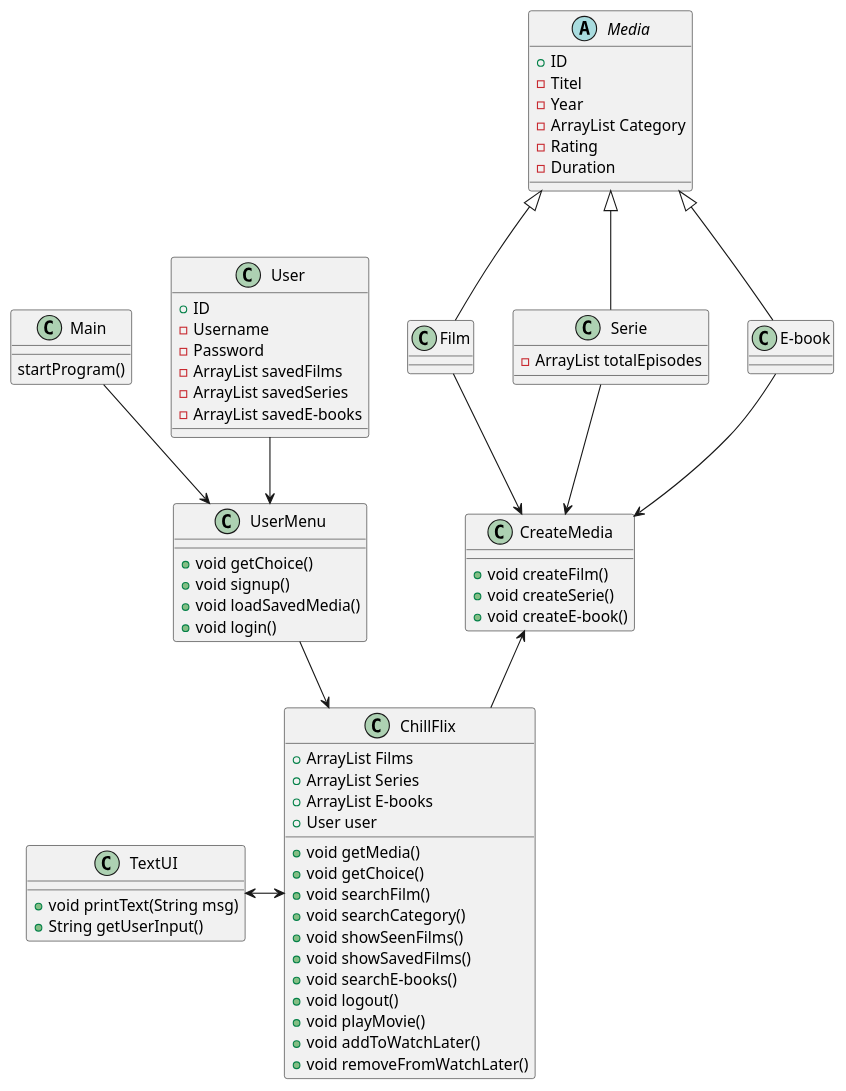
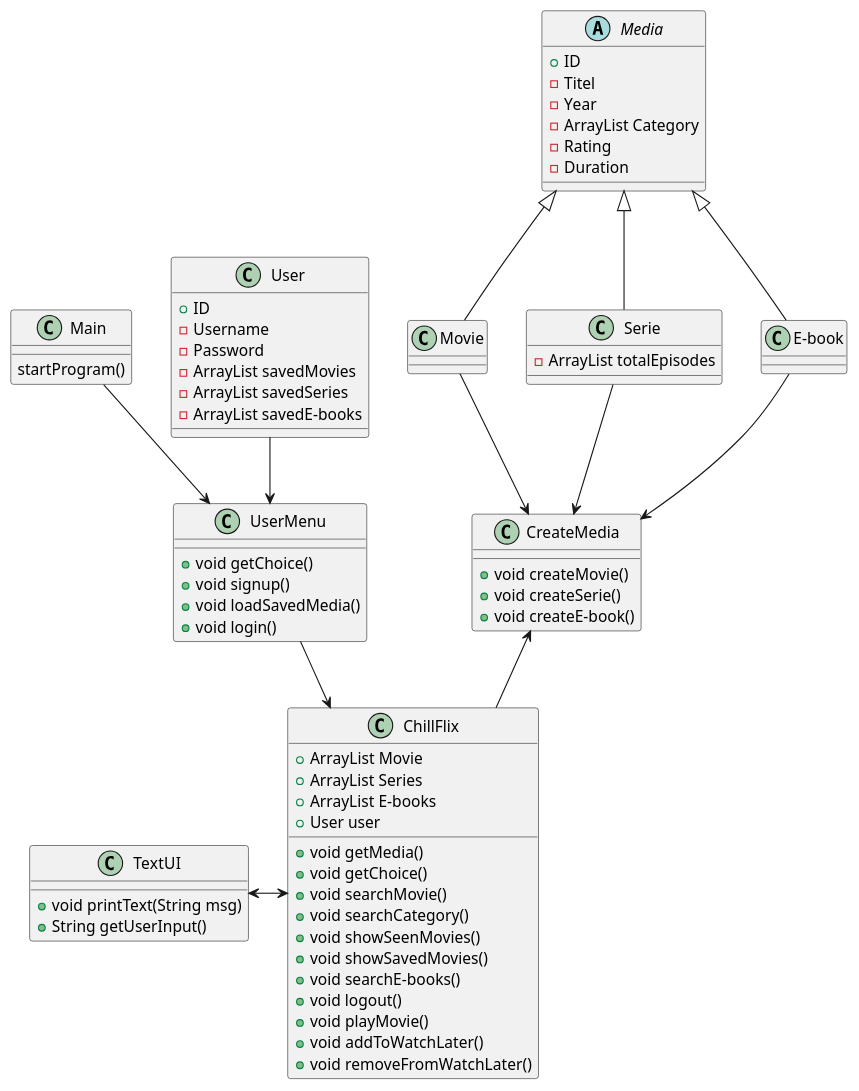
The diagram in doc/Klassediagram.puml (Claus0200/SP3), drawn with PlantUML before and after one commit. The commit also changed 19 other files, not shown here.

```diff
--- a/doc/Klassediagram.puml
+++ b/doc/Klassediagram.puml
@@ -1,73 +1,73 @@
 @startuml
 'https://plantuml.com/class-diagram
 
 class Main
 class ChillFlix
 class UserMenu
 class User
 abstract class Media
-class Film
+class Movie
 class Serie
 class E-book
 class CreateMedia
 class TextUI
 
 Main : startProgram()
 
 User : +ID
 User : -Username
 User : -Password
-User : -ArrayList savedFilms
+User : -ArrayList savedMovies
 User : -ArrayList savedSeries
 User : -ArrayList savedE-books
 
-ChillFlix : + ArrayList Films
+ChillFlix : + ArrayList Movie
 ChillFlix : + ArrayList Series
 ChillFlix : + ArrayList E-books
 ChillFlix : + User user
 ChillFlix : + void getMedia()
 ChillFlix : + void getChoice()
-ChillFlix : + void searchFilm()
+ChillFlix : + void searchMovie()
 ChillFlix : + void searchCategory()
-ChillFlix : + void showSeenFilms()
-ChillFlix : + void showSavedFilms()
+ChillFlix : + void showSeenMovies()
+ChillFlix : + void showSavedMovies()
 ChillFlix : + void searchE-books()
 ChillFlix : + void logout()
 ChillFlix : + void playMovie()
 ChillFlix : + void addToWatchLater()
 ChillFlix : + void removeFromWatchLater()
 
 Media : +ID
 Media : -Titel
 Media : -Year
 Media : -ArrayList Category
 Media : -Rating
 Media : -Duration
 Serie : -ArrayList totalEpisodes
 
-CreateMedia : +void createFilm()
+CreateMedia : +void createMovie()
 CreateMedia : +void createSerie()
 CreateMedia : +void createE-book()
 
 TextUI : + void printText(String msg)
 TextUI : + String getUserInput()
 
 UserMenu : +void getChoice()
 UserMenu : +void signup()
 UserMenu : +void loadSavedMedia()
 UserMenu : +void login()
 
 User --> UserMenu
 Main --> UserMenu
 UserMenu --> ChillFlix
-Film --> CreateMedia
+Movie --> CreateMedia
 Serie --> CreateMedia
 "E-book" --> CreateMedia
 
 CreateMedia <-- ChillFlix
 TextUI <-> ChillFlix
-Media <|-- Film
+Media <|-- Movie
 Media <|-- Serie
 Media <|-- "E-book"
 
 @enduml
```
